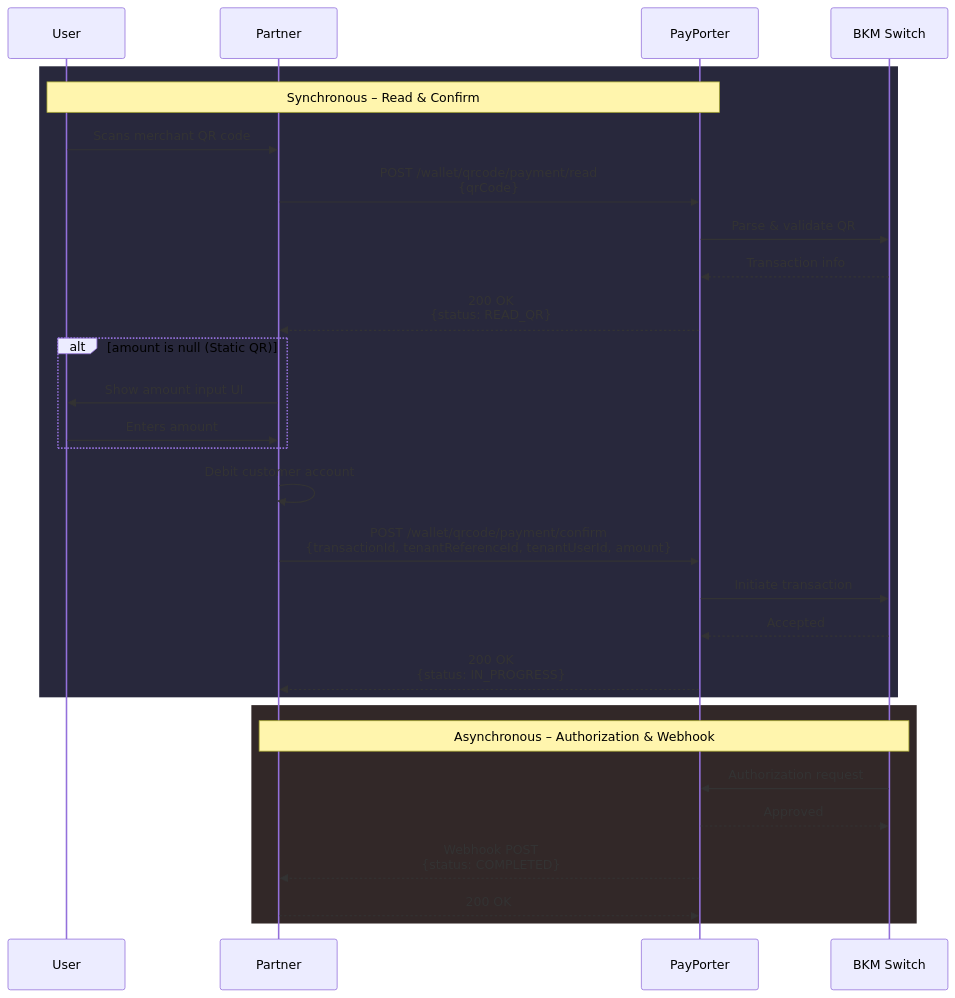
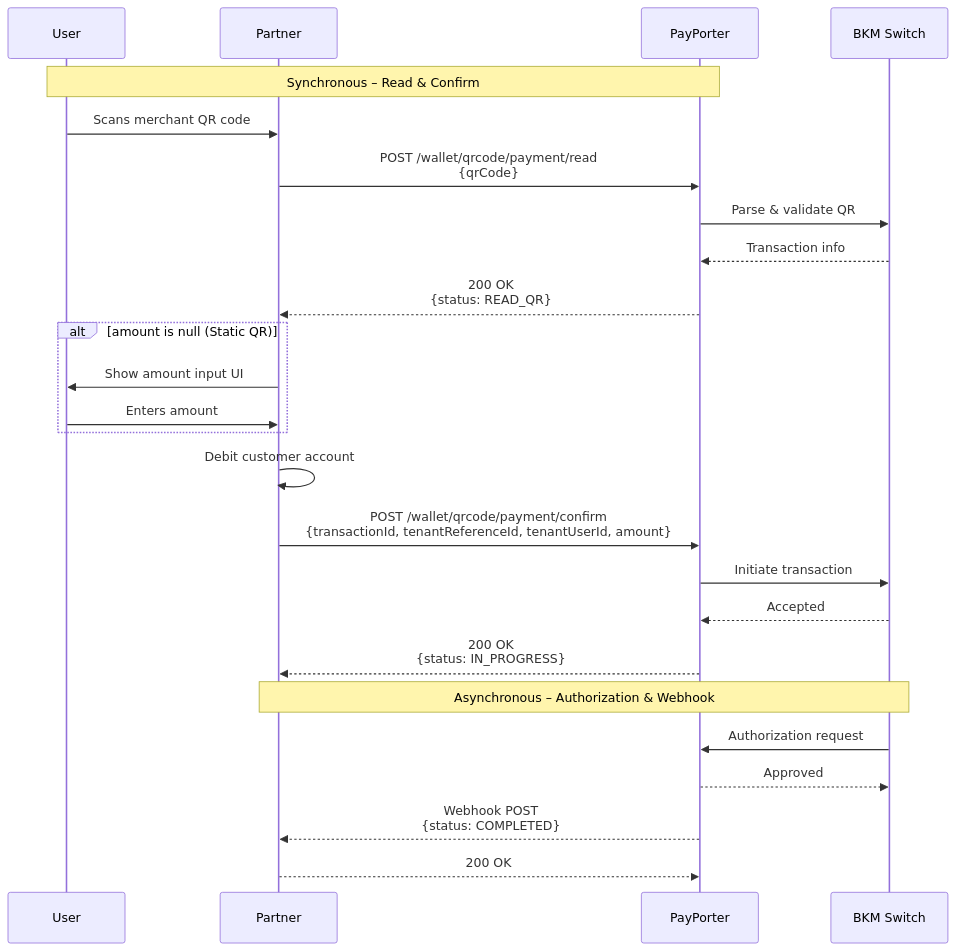
Before and after one commit to commitup/api-doc-v2: the first of 3 diagrams in docs/qr-payments/flow-diagrams.md, drawn with Mermaid. The commit also changed other lines of this file and 14 other files, not shown here.

````diff
--- a/docs/qr-payments/flow-diagrams.md
+++ b/docs/qr-payments/flow-diagrams.md
@@ -9,35 +9,31 @@
 ```mermaid
 sequenceDiagram
     participant User
     participant Partner
     participant PayPorter
     participant BKM_Switch as BKM Switch
 
-    rect rgb(40, 40, 60)
     Note over User, PayPorter: Synchronous – Read & Confirm
     User->>Partner: Scans merchant QR code
     Partner->>PayPorter: POST /wallet/qrcode/payment/read<br/>{qrCode}
     PayPorter->>BKM_Switch: Parse & validate QR
     BKM_Switch-->>PayPorter: Transaction info
     PayPorter-->>Partner: 200 OK<br/>{status: READ_QR}
 
     alt amount is null (Static QR)
         Partner->>User: Show amount input UI
         User->>Partner: Enters amount
     end
 
     Partner->>Partner: Debit customer account
     Partner->>PayPorter: POST /wallet/qrcode/payment/confirm<br/>{transactionId, tenantReferenceId, tenantUserId, amount}
     PayPorter->>BKM_Switch: Initiate transaction
     BKM_Switch-->>PayPorter: Accepted
     PayPorter-->>Partner: 200 OK<br/>{status: IN_PROGRESS}
-    end
 
-    rect rgb(50, 40, 40)
     Note over Partner, BKM_Switch: Asynchronous – Authorization & Webhook
     BKM_Switch->>PayPorter: Authorization request
     PayPorter-->>BKM_Switch: Approved
     PayPorter-->>Partner: Webhook POST<br/>{status: COMPLETED}
     Partner-->>PayPorter: 200 OK
-    end
 ```
````
